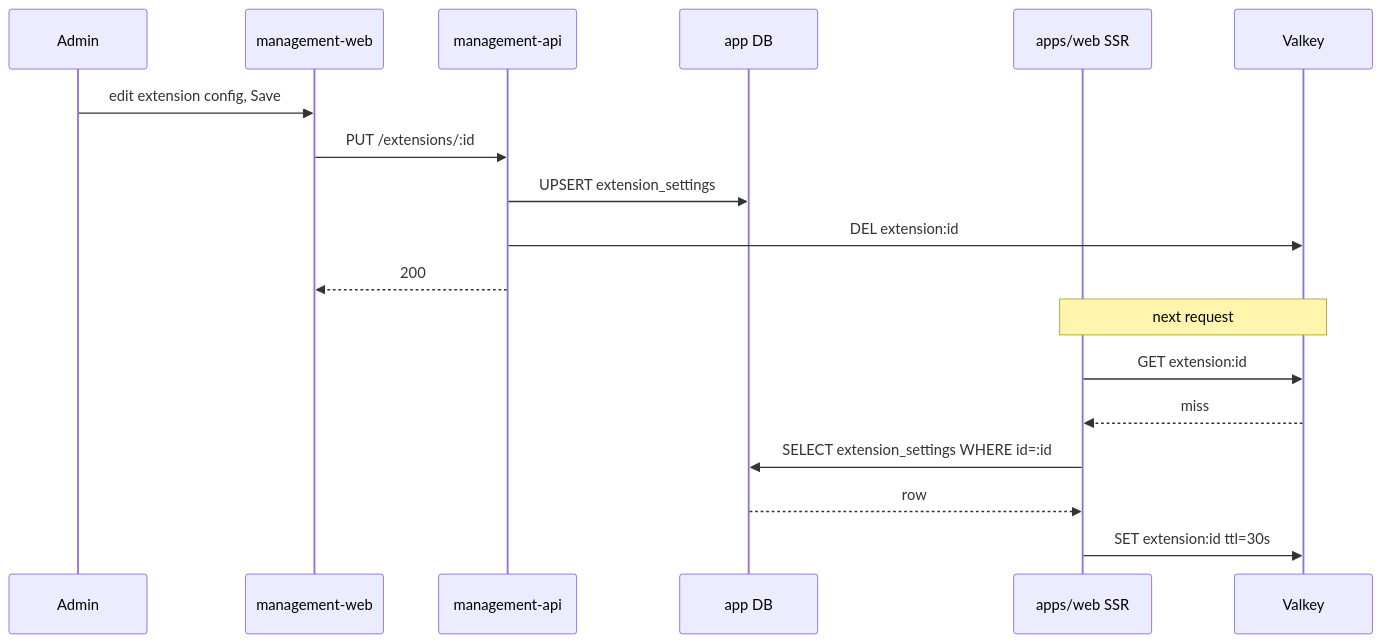
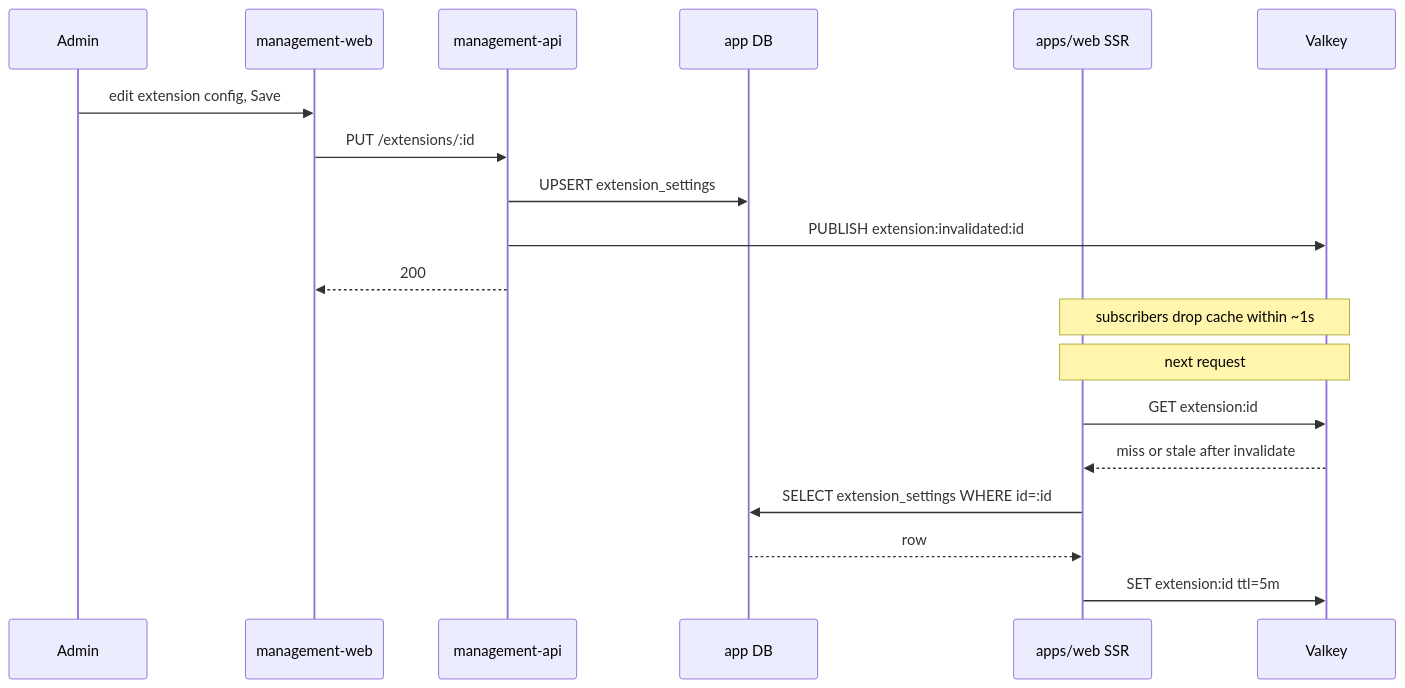
One commit to podverse/podverse changed the third of 3 diagrams in docs/proposals/EXTENSIONS.md. Above: the diagram before and after it, drawn with Mermaid. The commit also changed other lines of this file and 9 other files, not shown here.

````diff
--- a/docs/proposals/EXTENSIONS.md
+++ b/docs/proposals/EXTENSIONS.md
@@ -255,21 +284,22 @@
 ```mermaid
 sequenceDiagram
   participant Admin
   participant MgmtWeb as management-web
   participant MgmtApi as management-api
   participant AppDB as app DB
   participant Web as apps/web SSR
   participant Cache as Valkey
 
   Admin->>MgmtWeb: edit extension config, Save
   MgmtWeb->>MgmtApi: PUT /extensions/:id
   MgmtApi->>AppDB: UPSERT extension_settings
-  MgmtApi->>Cache: DEL extension:id
+  MgmtApi->>Cache: PUBLISH extension:invalidated:id
   MgmtApi-->>MgmtWeb: 200
+  Note over Web,Cache: subscribers drop cache within ~1s
   Note over Web,Cache: next request
   Web->>Cache: GET extension:id
-  Cache-->>Web: miss
+  Cache-->>Web: miss or stale after invalidate
   Web->>AppDB: SELECT extension_settings WHERE id=:id
   AppDB-->>Web: row
-  Web->>Cache: SET extension:id ttl=30s
+  Web->>Cache: SET extension:id ttl=5m
 ```
````
